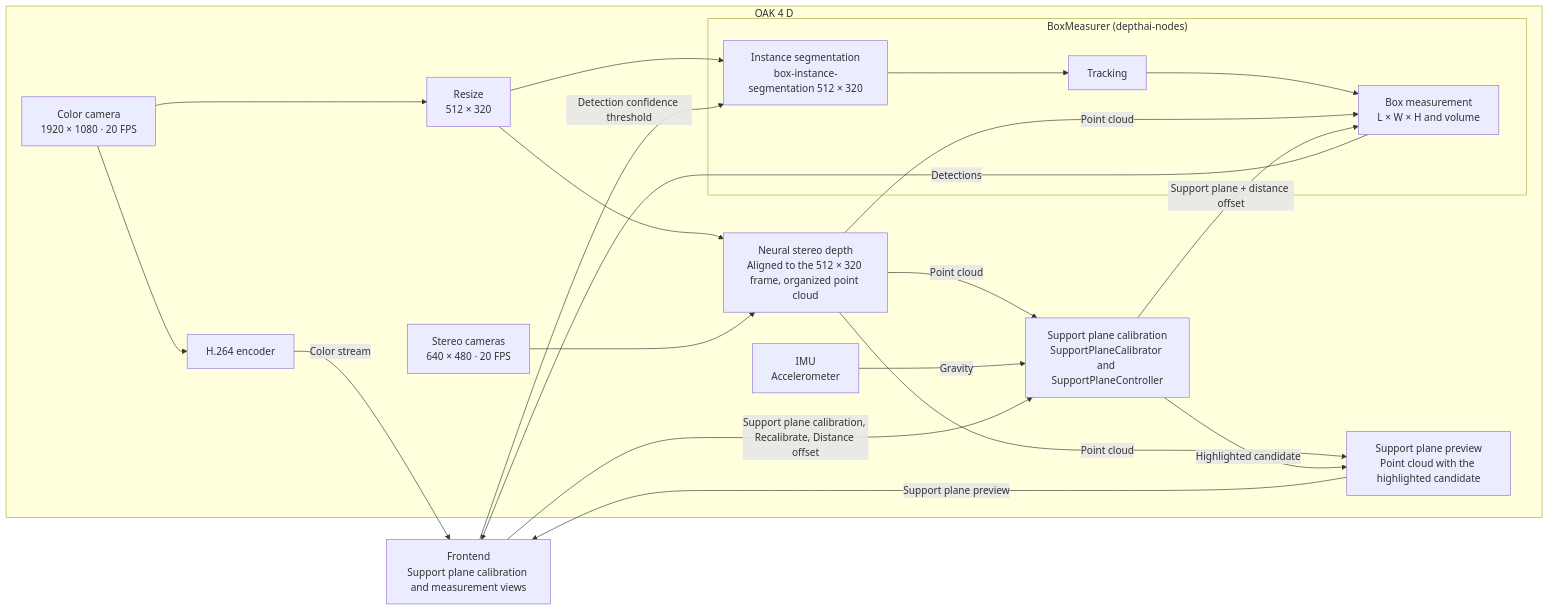
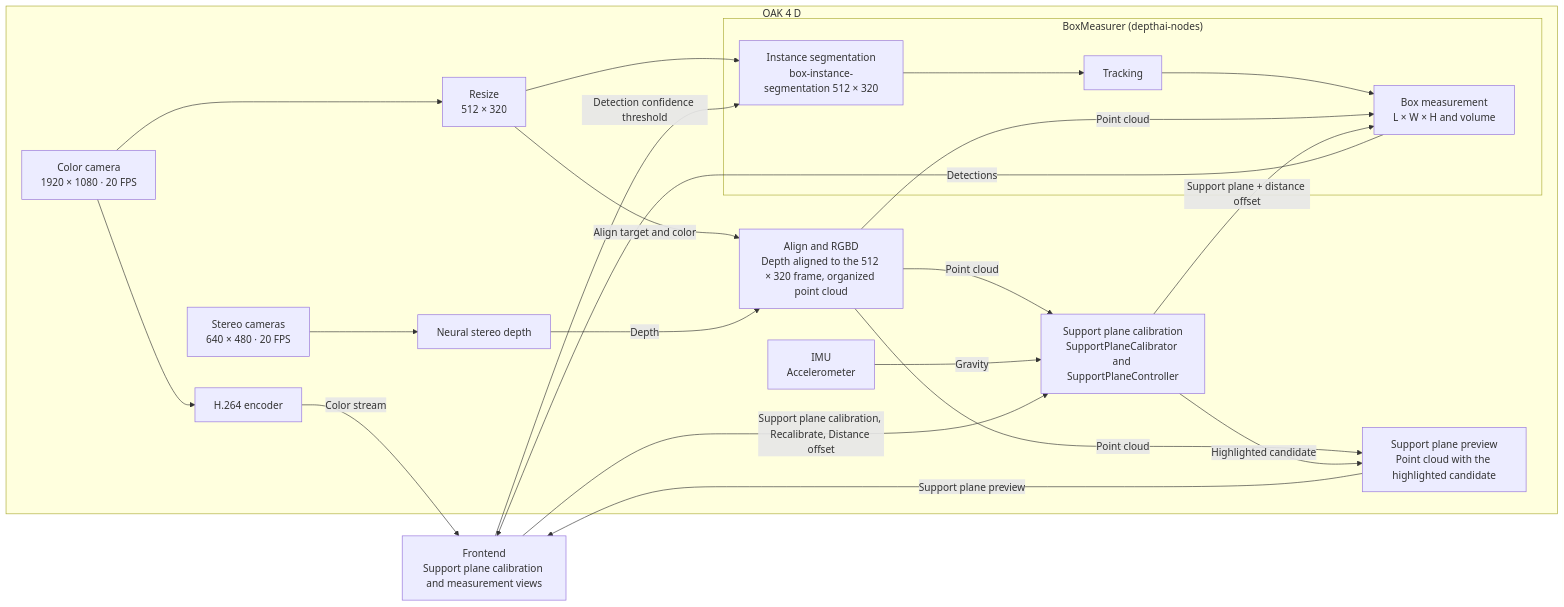
The diagram in apps/box-measurement/README.md (luxonis/oak-examples), drawn with Mermaid before and after one commit.

Commit message:
Split alignment out of the depth node in box-measurement's diagram
Resized color is not a NeuralDepth input; it is ImageAlign's target and
RGBD's color input. A separate Align and RGBD node now takes depth and
the resized color and produces the point cloud.

````diff
--- a/apps/box-measurement/README.md
+++ b/apps/box-measurement/README.md
@@ -13,42 +13,44 @@
 ```mermaid
 flowchart LR
     UI["Frontend<br/>Support plane calibration and measurement views"]
 
     subgraph OAK["OAK 4 D"]
         Color["Color camera<br/>1920 × 1080 · 20 FPS"]
         Stereo["Stereo cameras<br/>640 × 480 · 20 FPS"]
         IMU["IMU<br/>Accelerometer"]
         Resize["Resize<br/>512 × 320"]
-        Depth["Neural stereo depth<br/>Aligned to the 512 × 320 frame, organized point cloud"]
+        Depth["Neural stereo depth"]
+        RGBD["Align and RGBD<br/>Depth aligned to the 512 × 320 frame, organized point cloud"]
         Encoder["H.264 encoder"]
 
         subgraph Measurer["BoxMeasurer (depthai-nodes)"]
             Segmentation["Instance segmentation<br/>box-instance-segmentation 512 × 320"]
             Tracking["Tracking"]
             Measurement["Box measurement<br/>L × W × H and volume"]
         end
 
         Calibration["Support plane calibration<br/>SupportPlaneCalibrator and SupportPlaneController"]
         Preview["Support plane preview<br/>Point cloud with the highlighted candidate"]
 
         Color --> Encoder
         Color --> Resize
         Resize --> Segmentation
-        Resize --> Depth
+        Resize -->|"Align target and color"| RGBD
         Stereo --> Depth
+        Depth -->|"Depth"| RGBD
         Segmentation --> Tracking
         Tracking --> Measurement
-        Depth -->|"Point cloud"| Measurement
-        Depth -->|"Point cloud"| Calibration
+        RGBD -->|"Point cloud"| Measurement
+        RGBD -->|"Point cloud"| Calibration
         IMU -->|"Gravity"| Calibration
         Calibration -->|"Support plane + distance offset"| Measurement
-        Depth -->|"Point cloud"| Preview
+        RGBD -->|"Point cloud"| Preview
         Calibration -->|"Highlighted candidate"| Preview
     end
 
     Encoder -->|"Color stream"| UI
     Measurement -->|"Detections"| UI
     Preview -->|"Support plane preview"| UI
     UI -->|"Support plane calibration, Recalibrate, Distance offset"| Calibration
     UI -->|"Detection confidence threshold"| Segmentation
 ```
````
